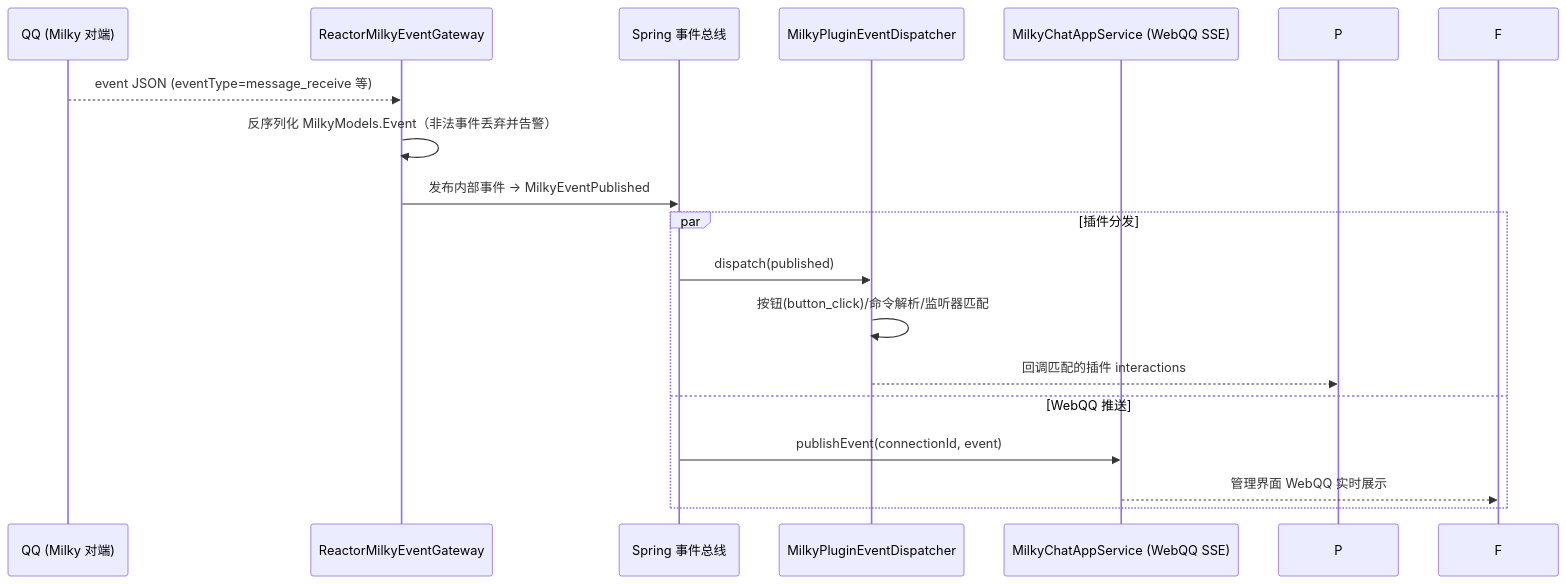
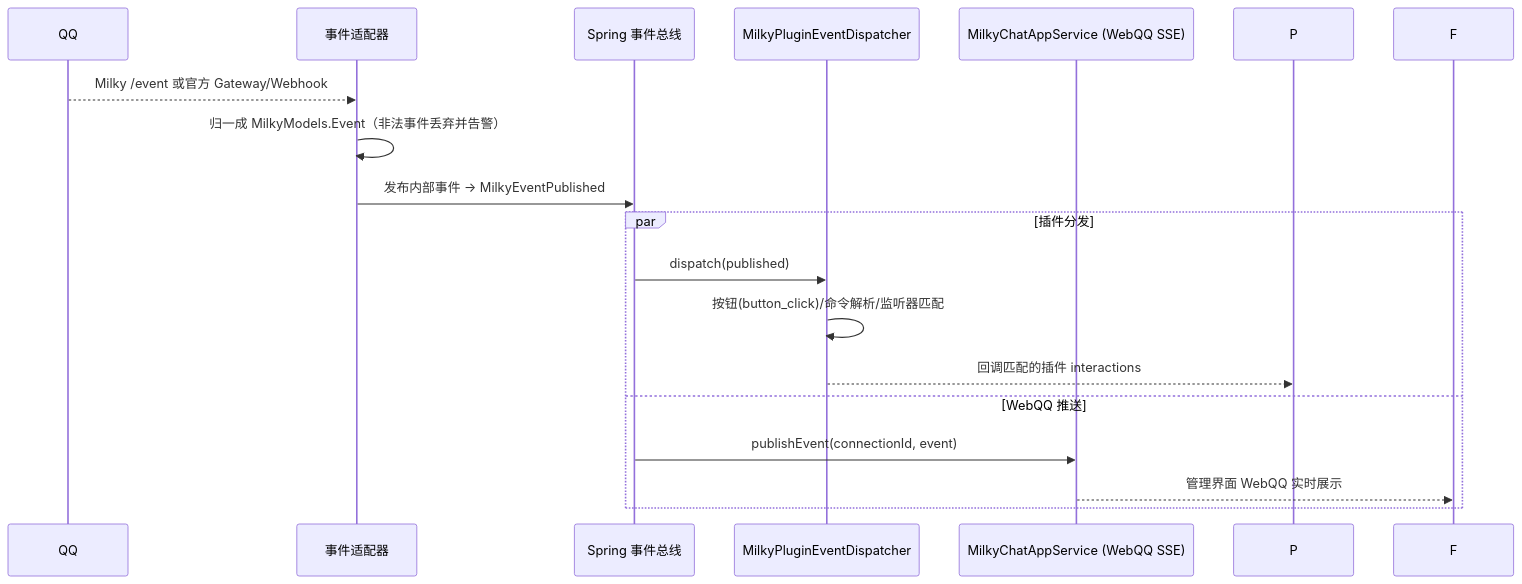
The second of 2 diagrams in yd-docs/docs/protocol/milky.md (mcyudream/YuDream-Admin), drawn with Mermaid before and after one commit. The commit also changed other lines of this file and 46 other files, not shown here.

````diff
--- a/yd-docs/docs/protocol/milky.md
+++ b/yd-docs/docs/protocol/milky.md
@@ -50,19 +74,19 @@
 ```mermaid
 sequenceDiagram
-    participant Q as QQ (Milky 对端)
-    participant E as ReactorMilkyEventGateway
+    participant Q as QQ
+    participant E as 事件适配器
     participant B as Spring 事件总线
     participant D as MilkyPluginEventDispatcher
     participant C as MilkyChatAppService (WebQQ SSE)
-    Q-->>E: event JSON (eventType=message_receive 等)
-    E->>E: 反序列化 MilkyModels.Event（非法事件丢弃并告警）
+    Q-->>E: Milky /event 或官方 Gateway/Webhook
+    E->>E: 归一成 MilkyModels.Event（非法事件丢弃并告警）
     E->>B: 发布内部事件 → MilkyEventPublished
     par 插件分发
         B->>D: dispatch(published)
         D->>D: 按钮(button_click)/命令解析/监听器匹配
         D-->>P: 回调匹配的插件 interactions
     and WebQQ 推送
         B->>C: publishEvent(connectionId, event)
         C-->>F: 管理界面 WebQQ 实时展示
     end
 ```
````
